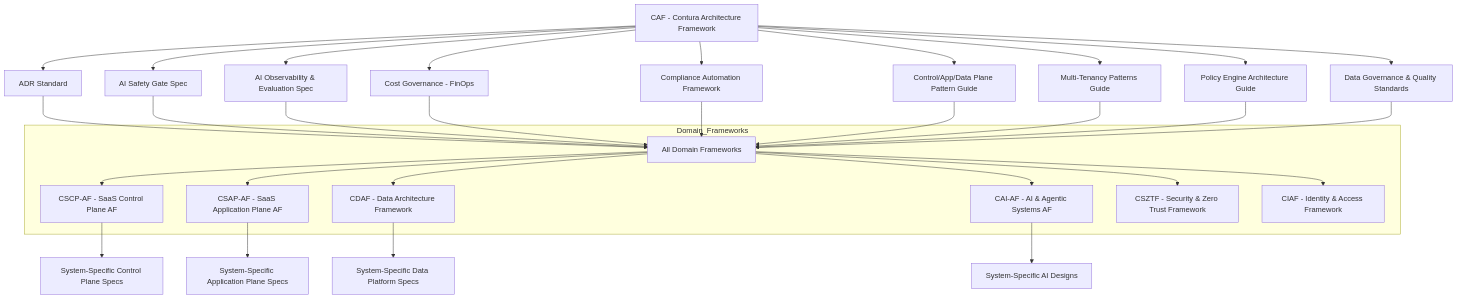
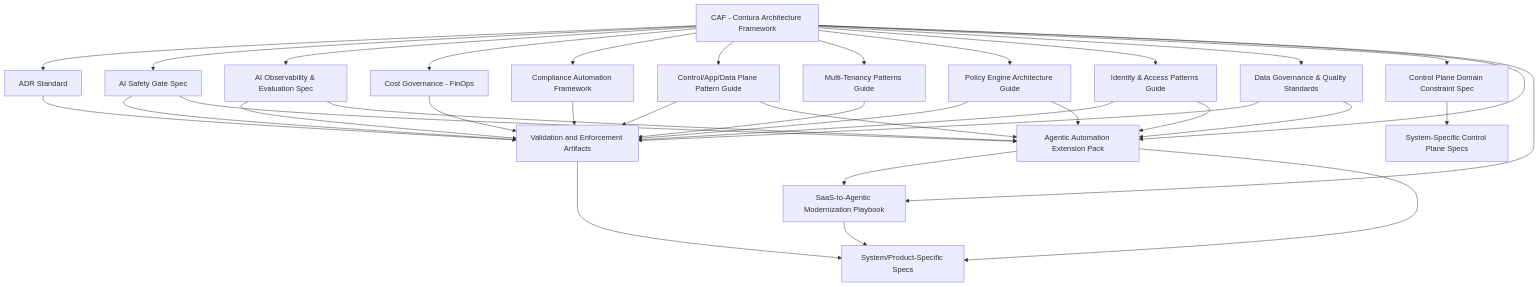
Before and after one commit to arylwen/caf: the diagram in architecture_library/06_contura_architecture_library_roadmap_v1.md, drawn with Mermaid. The commit also changed other lines of this file and 156 other files, not shown here.

````diff
--- a/architecture_library/06_contura_architecture_library_roadmap_v1.md
+++ b/architecture_library/06_contura_architecture_library_roadmap_v1.md
@@ -106,48 +126,43 @@
 ```mermaid
-
 graph TD
 CAF[CAF - Contura Architecture Framework] --> GOV_ADR[ADR Standard]
 CAF --> GOV_AISG[AI Safety Gate Spec]
 CAF --> GOV_AIOBS[AI Observability & Evaluation Spec]
 CAF --> GOV_FIN[Cost Governance - FinOps]
 CAF --> GOV_COMP[Compliance Automation Framework]
 
 CAF --> PAT_PLANES[Control/App/Data Plane Pattern Guide]
 CAF --> PAT_MULTI[Multi-Tenancy Patterns Guide]
 CAF --> PAT_POLICY[Policy Engine Architecture Guide]
+CAF --> PAT_ID[Identity & Access Patterns Guide]
 CAF --> PAT_DG[Data Governance & Quality Standards]
 
-subgraph Domain_Frameworks
-DF_ALL[All Domain Frameworks]
-CSCP_AF[CSCP-AF - SaaS Control Plane AF]
-CSAP_AF[CSAP-AF - SaaS Application Plane AF]
-CDAF[CDAF - Data Architecture Framework]
-CAI_AF[CAI-AF - AI & Agentic Systems AF]
-CSZTF[CSZTF - Security & Zero Trust Framework]
-CIAF[CIAF - Identity & Access Framework]
-end
+CAF --> DCS_CP[Control Plane Domain Constraint Spec]
 
-GOV_ADR --> DF_ALL
-GOV_AISG --> DF_ALL
-GOV_AIOBS --> DF_ALL
-GOV_FIN --> DF_ALL
-GOV_COMP --> DF_ALL
+GOV_ADR --> VAL_ALL[Validation and Enforcement Artifacts]
+GOV_AISG --> VAL_ALL
+GOV_AIOBS --> VAL_ALL
+GOV_FIN --> VAL_ALL
+GOV_COMP --> VAL_ALL
 
-PAT_PLANES --> DF_ALL
-PAT_MULTI --> DF_ALL
-PAT_POLICY --> DF_ALL
-PAT_DG --> DF_ALL
+PAT_PLANES --> VAL_ALL
+PAT_MULTI --> VAL_ALL
+PAT_POLICY --> VAL_ALL
+PAT_ID --> VAL_ALL
+PAT_DG --> VAL_ALL
 
-DF_ALL --> CSCP_AF
-DF_ALL --> CSAP_AF
-DF_ALL --> CDAF
-DF_ALL --> CAI_AF
-DF_ALL --> CSZTF
-DF_ALL --> CIAF
+CAF --> EXT_AGENTIC[Agentic Automation Extension Pack]
+CAF --> PLAY_MODERN[SaaS-to-Agentic Modernization Playbook]
+GOV_AISG --> EXT_AGENTIC
+GOV_AIOBS --> EXT_AGENTIC
+PAT_PLANES --> EXT_AGENTIC
+PAT_POLICY --> EXT_AGENTIC
+PAT_ID --> EXT_AGENTIC
+PAT_DG --> EXT_AGENTIC
+EXT_AGENTIC --> PLAY_MODERN
 
-CSCP_AF --> SYS_CP[System-Specific Control Plane Specs]
-CSAP_AF --> SYS_AP[System-Specific Application Plane Specs]
-CDAF --> SYS_DATA[System-Specific Data Platform Specs]
-CAI_AF --> SYS_AI[System-Specific AI Designs]
-
+DCS_CP --> SYS_CP[System-Specific Control Plane Specs]
+VAL_ALL --> SYS_ALL[System/Product-Specific Specs]
+EXT_AGENTIC --> SYS_ALL
+PLAY_MODERN --> SYS_ALL
 ```
````
